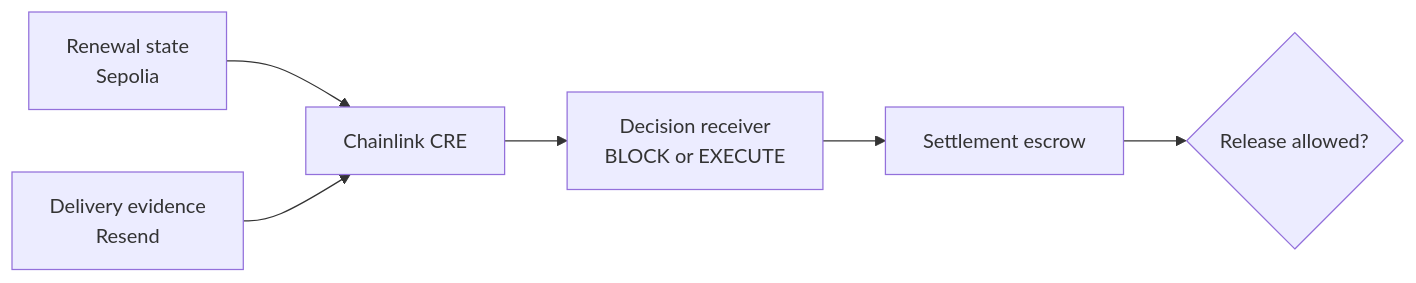
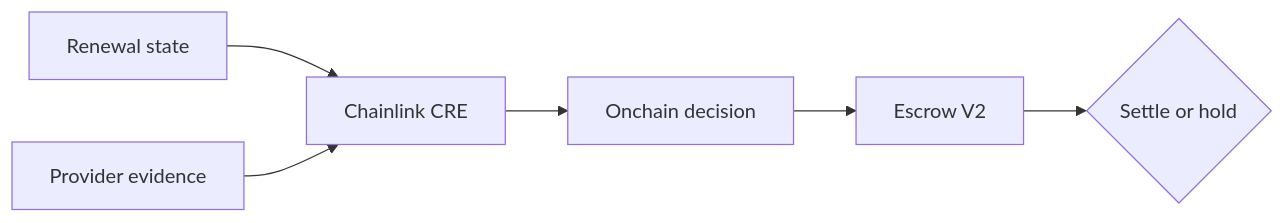
One commit to theeagle2407/avow changed the diagram in README.md. Above: the diagram before and after it, drawn with Mermaid. The commit also changed other lines of this file, not shown here.

Commit message:
docs: present Avow's verified CRE enforcement proof

````diff
--- a/README.md
+++ b/README.md
@@ -53,8 +76,8 @@
 ```mermaid
 flowchart LR
-  A[Renewal state\nSepolia] --> C[Chainlink CRE]
-  B[Delivery evidence\nResend] --> C
-  C --> D[Decision receiver\nBLOCK or EXECUTE]
-  D --> E[Settlement escrow]
-  E --> F{Release allowed?}
+  A[Renewal state] --> C[Chainlink CRE]
+  B[Provider evidence] --> C
+  C --> D[Onchain decision]
+  D --> E[Escrow V2]
+  E --> F{Settle or hold}
 ```
````
